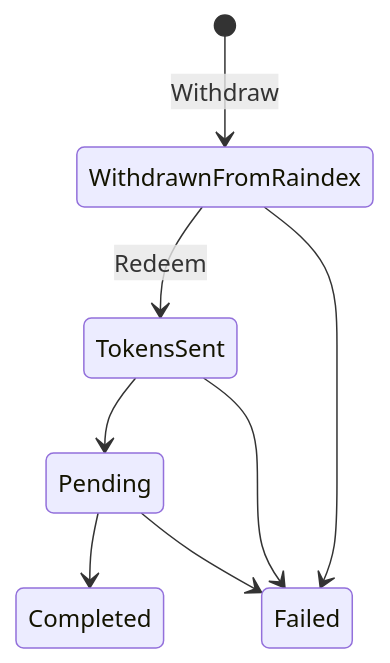
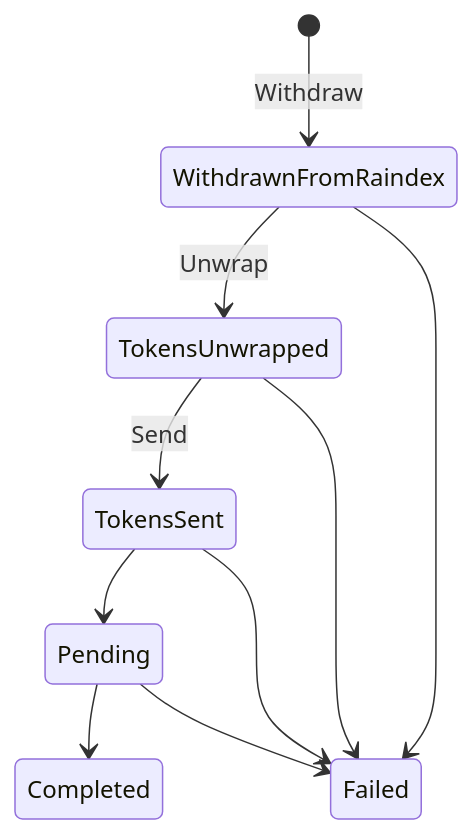
The third of 5 diagrams in SPEC.md (ST0x-Technology/st0x.liquidity), drawn with Mermaid before and after one commit. The commit also changed other lines of this file, not shown here.

````diff
--- a/SPEC.md
+++ b/SPEC.md
@@ -1305,10 +1318,12 @@
 ```mermaid
 stateDiagram-v2
     [*] --> WithdrawnFromRaindex: Withdraw
-    WithdrawnFromRaindex --> TokensSent: Redeem
+    WithdrawnFromRaindex --> TokensUnwrapped: Unwrap
     WithdrawnFromRaindex --> Failed
+    TokensUnwrapped --> TokensSent: Send
+    TokensUnwrapped --> Failed
     TokensSent --> Pending
     TokensSent --> Failed
     Pending --> Completed
     Pending --> Failed
 ```
````
